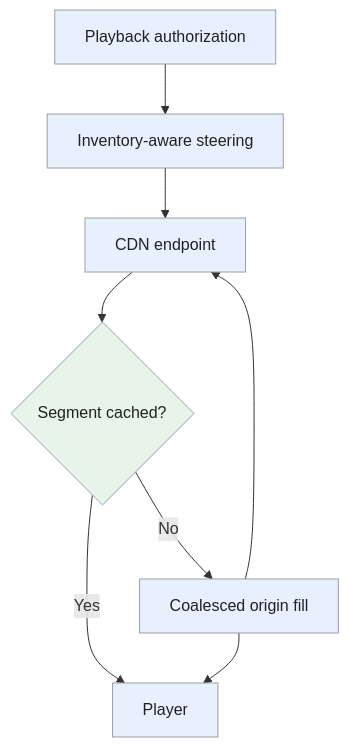
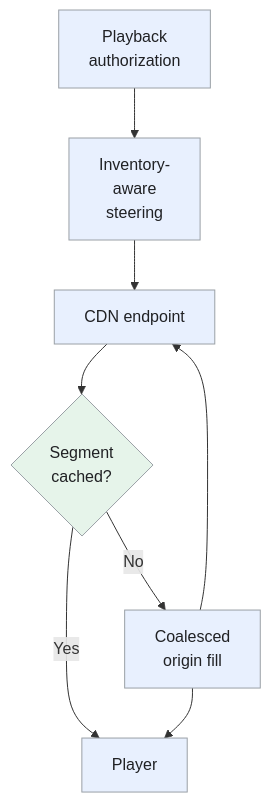
Before and after one commit to iliazlobin/iliazlobin.github.io: the fourth of 4 diagrams in _designs/system-design-netflix.md, drawn with Mermaid. The commit also changed other lines of this file and 116 other files, not shown here.

````diff
--- a/_designs/system-design-netflix.md
+++ b/_designs/system-design-netflix.md
@@ -226,15 +250,15 @@
 ```mermaid
 flowchart TB
-  P["Playback authorization"] --> S["Inventory-aware steering"]
+  P["Playback<br>authorization"] --> S["Inventory-<br>aware<br>steering"]
   S --> C["CDN endpoint"]
-  C --> H{"Segment cached?"}
+  C --> H{"Segment<br>cached?"}
   H -->|"Yes"| U["Player"]
-  H -->|"No"| F["Coalesced origin fill"]
+  H -->|"No"| F["Coalesced<br>origin fill"]
   F --> U
   F --> C
   classDef request fill:#e8f0fe,stroke:#9aa0a6,color:#202124,stroke-width:1px
   classDef background fill:#e6f4ea,stroke:#9aa0a6,color:#202124,stroke-width:1px
   classDef control fill:#fef7e0,stroke:#9aa0a6,color:#202124,stroke-width:1px
   class P,S,C,U,F request
   class H background
 ```
````
